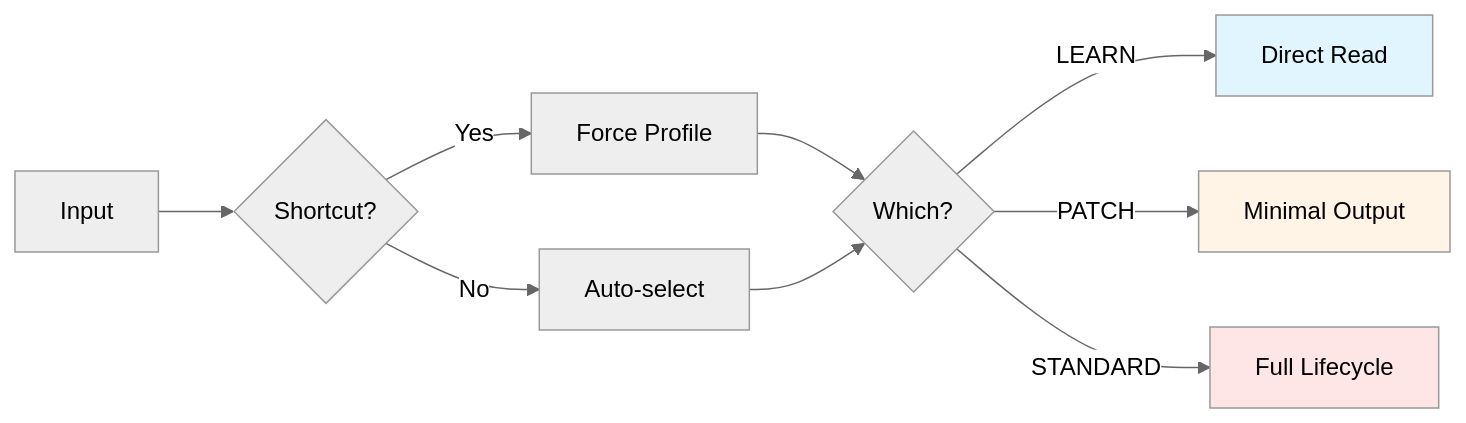
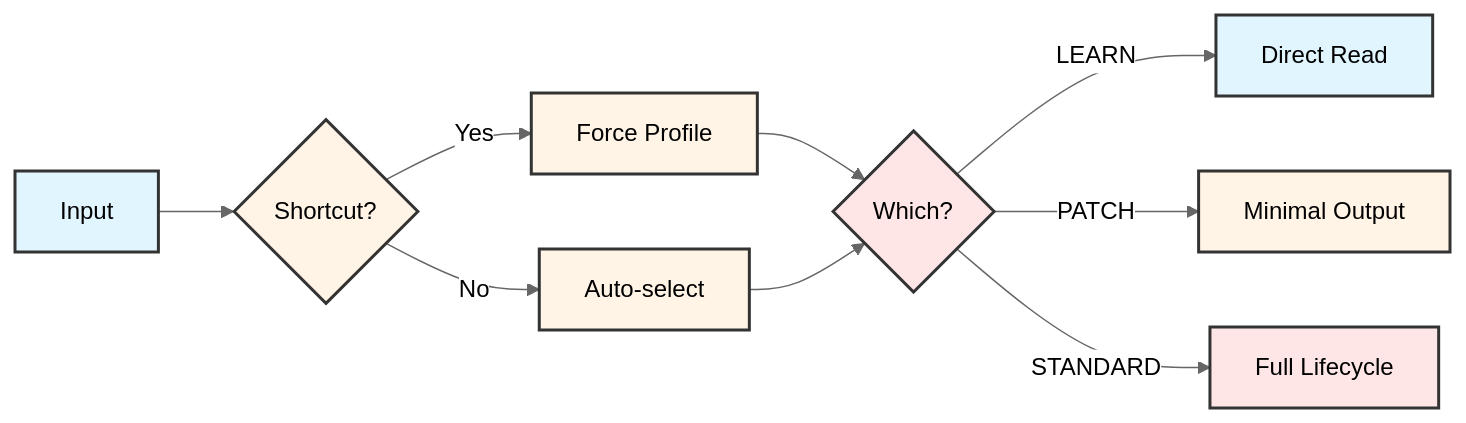
One commit to listener-He/java-harness-agent changed the fifth of 10 diagrams in ENGINEERING_MANUAL.md. Above: the diagram before and after it, drawn with Mermaid (neutral theme). The commit also changed other lines of this file and 3 other files, not shown here.

First line of the commit message:
style(docs): 统一文档中的流程图样式定义

````diff
--- a/ENGINEERING_MANUAL.md
+++ b/ENGINEERING_MANUAL.md
@@ -561,15 +564,20 @@
 ```mermaid
 flowchart LR
   A[Input] --> B{Shortcut?}
   B -->|Yes| C[Force Profile]
   B -->|No| D[Auto-select]
   C --> E{Which?}
   D --> E
   E -->|LEARN| F[Direct Read]
   E -->|PATCH| G[Minimal Output]
   E -->|STANDARD| H[Full Lifecycle]
 
-  style F fill:#e1f5ff
-  style G fill:#fff4e6
-  style H fill:#ffe6e6
+  style A fill:#e1f5ff,stroke:#333,stroke-width:2px
+  style B fill:#fff4e6,stroke:#333,stroke-width:2px
+  style C fill:#fff4e6,stroke:#333,stroke-width:2px
+  style D fill:#fff4e6,stroke:#333,stroke-width:2px
+  style E fill:#ffe6e6,stroke:#333,stroke-width:2px
+  style F fill:#e1f5ff,stroke:#333,stroke-width:2px
+  style G fill:#fff4e6,stroke:#333,stroke-width:2px
+  style H fill:#ffe6e6,stroke:#333,stroke-width:2px
 ```
````
